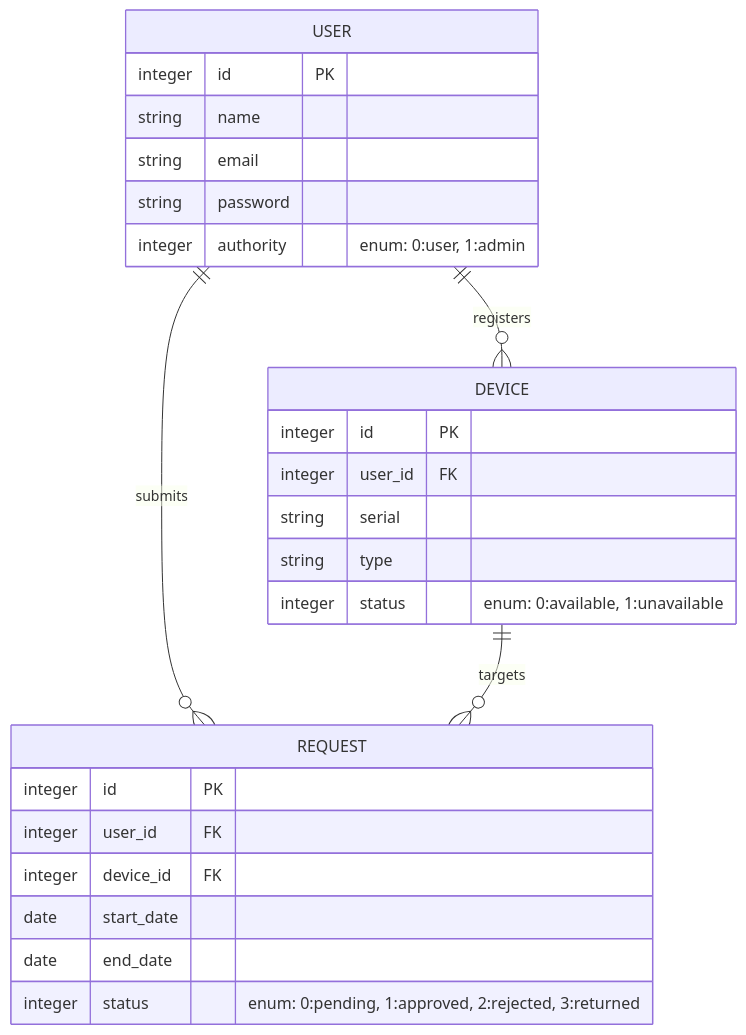
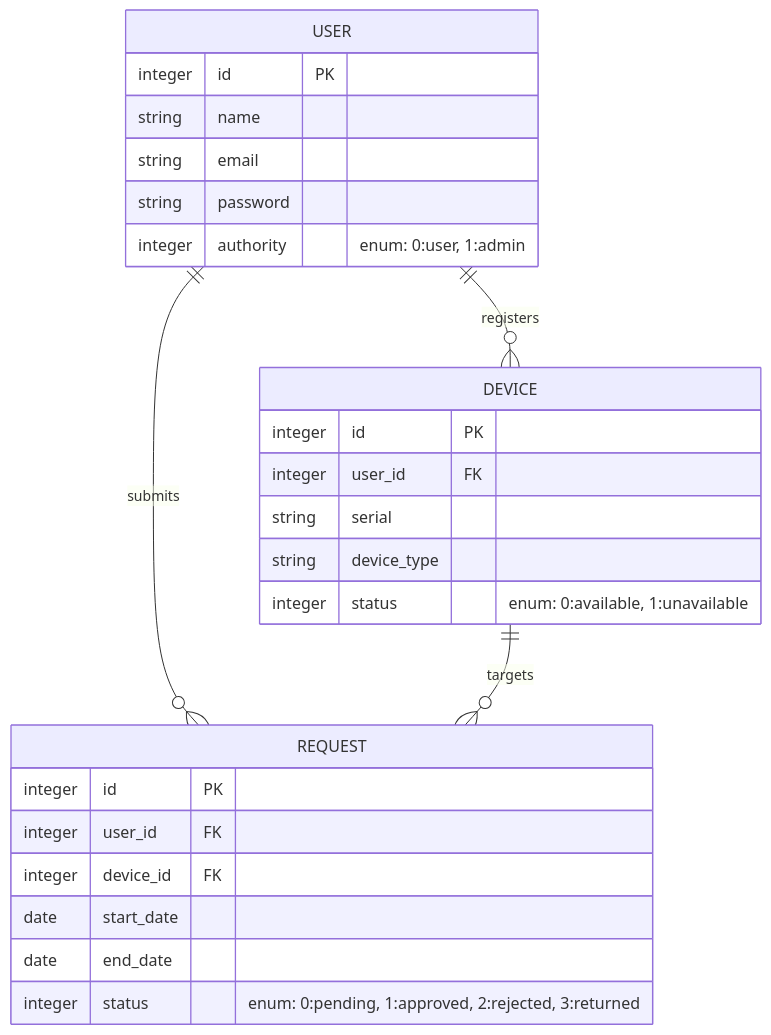
Before and after one commit to remo0619/asset_flow: the diagram in README.md, drawn with Mermaid. The commit also changed 58 other files, not shown here.

````diff
--- a/README.md
+++ b/README.md
@@ -6,31 +6,31 @@
 ```mermaid
 erDiagram
     USER ||--o{ DEVICE : registers
     USER ||--o{ REQUEST : submits
     DEVICE ||--o{ REQUEST : targets
 
     USER {
         integer id PK
         string name
         string email
         string password
         integer authority "enum: 0:user, 1:admin"
     }
 
     DEVICE {
         integer id PK
         integer user_id FK
         string serial
-        string type
+        string device_type
         integer status "enum: 0:available, 1:unavailable"
     }
 
     REQUEST{
         integer id PK
         integer user_id FK
         integer device_id FK
         date start_date
         date end_date
         integer status "enum: 0:pending, 1:approved, 2:rejected, 3:returned"
     }
 ```
````
